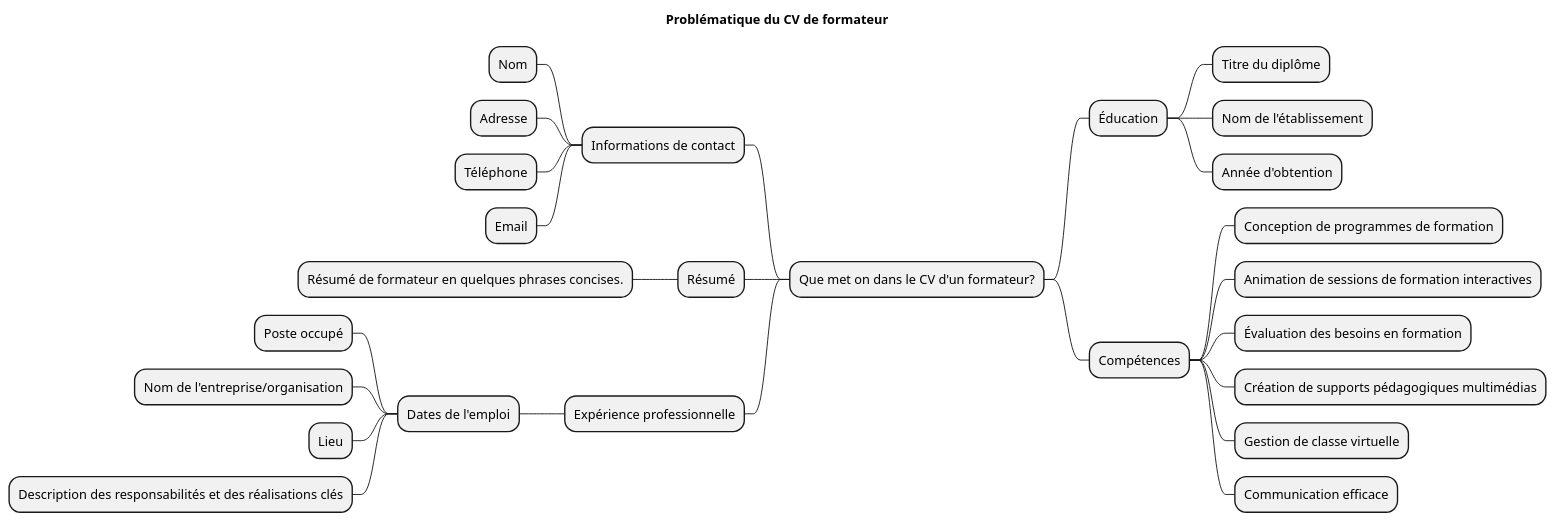
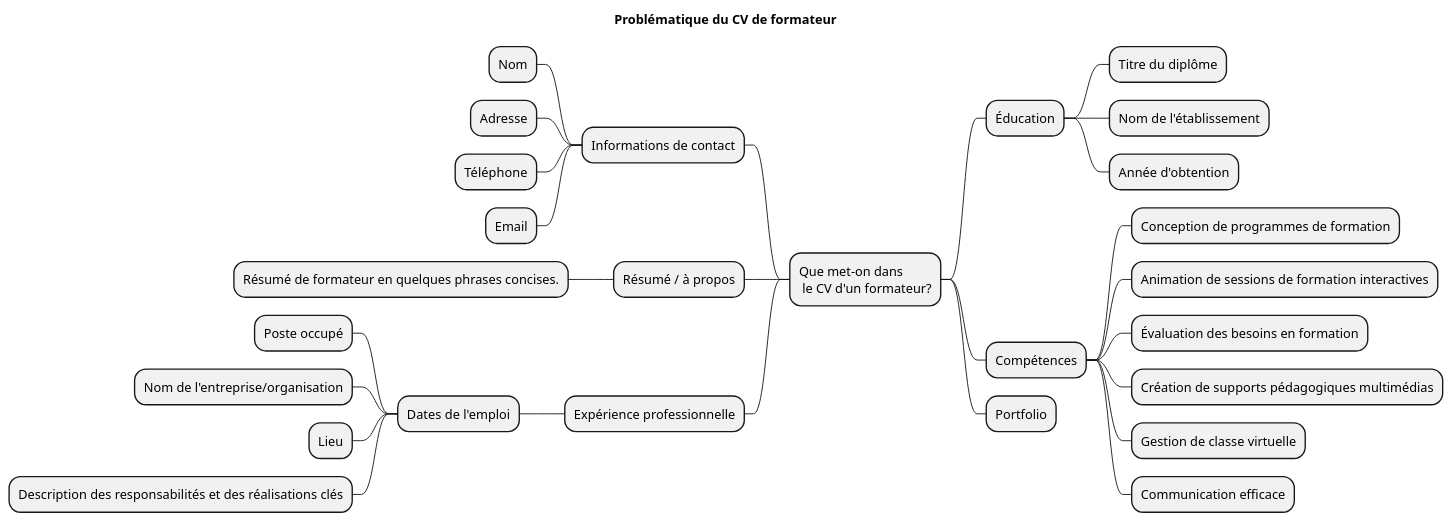
Before and after one commit to cheroliv/formateur: the diagram in 03_les_outils_du_formateur/cv_formateur_mindmap.puml, drawn with PlantUML.

Commit message:
clean, refactor, rename and add content.

```diff
--- a/03_les_outils_du_formateur/cv_formateur_mindmap.puml
+++ b/03_les_outils_du_formateur/cv_formateur_mindmap.puml
@@ -1,41 +1,43 @@
 @startmindmap
 'https://plantuml.com/mindmap-diagram
 
 title Problématique du CV de formateur
 
-* Que met on dans le CV d'un formateur?
+* Que met-on dans \n le CV d'un formateur?
 
 left side
 
 ** Informations de contact
 *** Nom
 *** Adresse
 *** Téléphone
 *** Email
 
-** Résumé
+** Résumé / à propos
 *** Résumé de formateur en quelques phrases concises.
 
 ** Expérience professionnelle
 *** Dates de l'emploi
 **** Poste occupé
 **** Nom de l'entreprise/organisation
 **** Lieu
 **** Description des responsabilités et des réalisations clés
 
 right side
 
 ** Éducation
 *** Titre du diplôme
 *** Nom de l'établissement
 *** Année d'obtention
 
 ** Compétences
 *** Conception de programmes de formation
 *** Animation de sessions de formation interactives
 *** Évaluation des besoins en formation
 *** Création de supports pédagogiques multimédias
 *** Gestion de classe virtuelle
 *** Communication efficace
 
+** Portfolio
+
 @endmindmap
```
